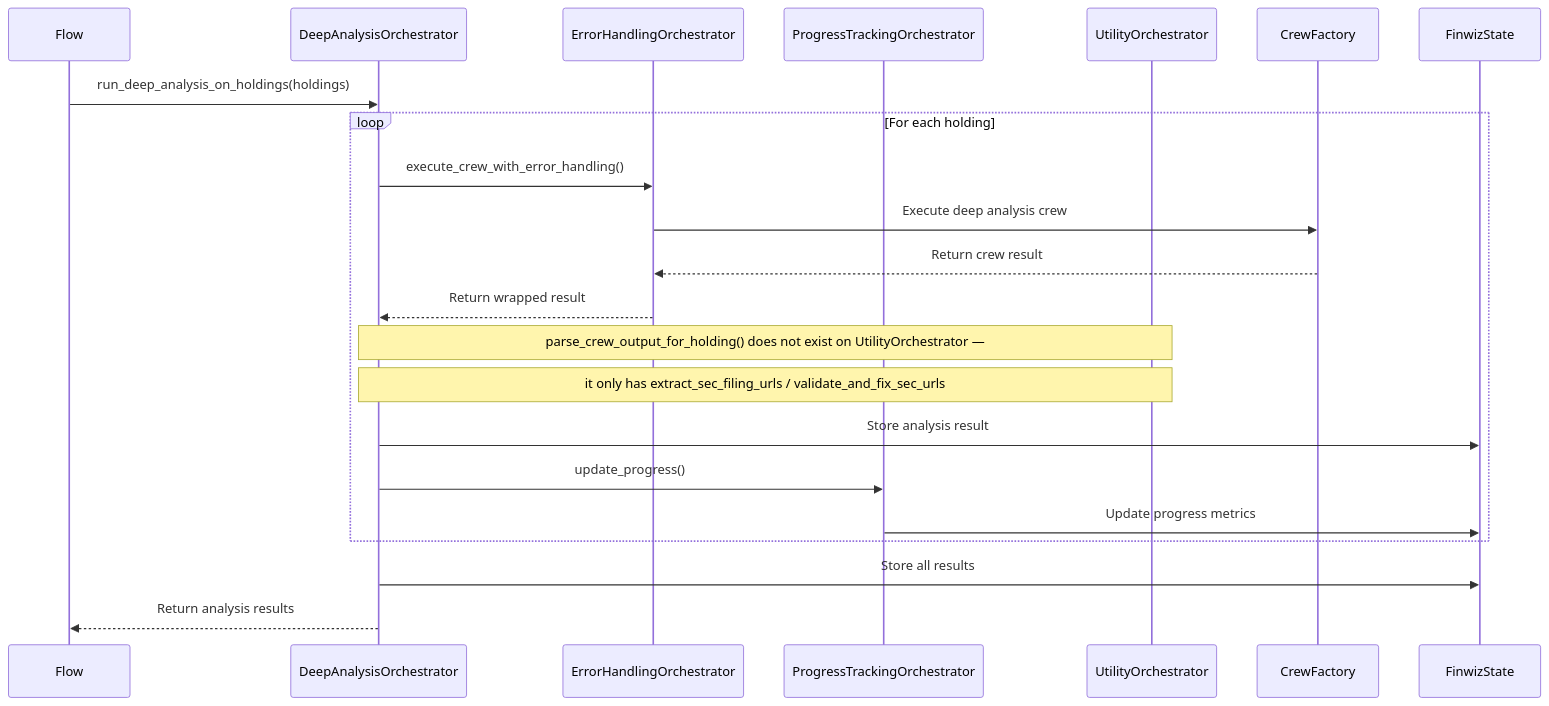
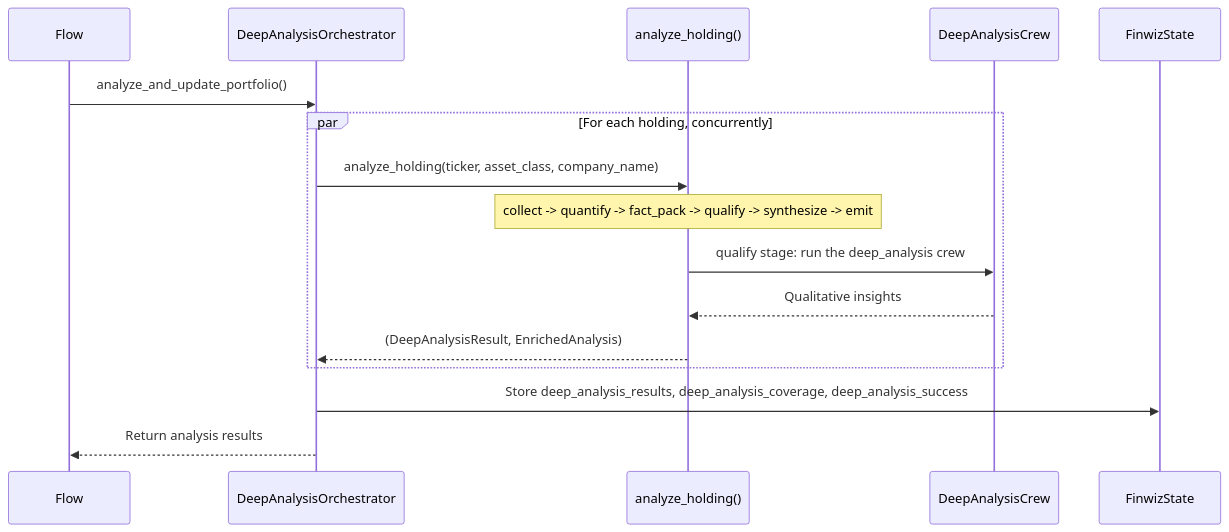
One commit to fjacquet/finwiz changed the third of 13 diagrams in docs/explanations/ORCHESTRATOR_INTERACTIONS.md. Above: the diagram before and after it, drawn with Mermaid. The commit also changed other lines of this file, not shown here.

````diff
--- a/docs/explanations/ORCHESTRATOR_INTERACTIONS.md
+++ b/docs/explanations/ORCHESTRATOR_INTERACTIONS.md
@@ -100,30 +121,21 @@
 ```mermaid
 sequenceDiagram
     participant Flow
     participant Deep as DeepAnalysisOrchestrator
-    participant Error as ErrorHandlingOrchestrator
-    participant Prog as ProgressTrackingOrchestrator
-    participant Util as UtilityOrchestrator
-    participant Crew as CrewFactory
+    participant Pipeline as analyze_holding()
+    participant DAC as DeepAnalysisCrew
     participant State as FinwizState
 
-    Flow->>Deep: run_deep_analysis_on_holdings(holdings)
+    Flow->>Deep: analyze_and_update_portfolio()
 
-    loop For each holding
-        Deep->>Error: execute_crew_with_error_handling()
-        Error->>Crew: Execute deep analysis crew
-        Crew-->>Error: Return crew result
-        Error-->>Deep: Return wrapped result
-
-        Note over Deep,Util: parse_crew_output_for_holding() does not exist on UtilityOrchestrator —
-        Note over Deep,Util: it only has extract_sec_filing_urls / validate_and_fix_sec_urls
-
-        Deep->>State: Store analysis result
-
-        Deep->>Prog: update_progress()
-        Prog->>State: Update progress metrics
+    par For each holding, concurrently
+        Deep->>Pipeline: analyze_holding(ticker, asset_class, company_name)
+        Note over Pipeline: collect -> quantify -> fact_pack -> qualify -> synthesize -> emit
+        Pipeline->>DAC: qualify stage: run the deep_analysis crew
+        DAC-->>Pipeline: Qualitative insights
+        Pipeline-->>Deep: (DeepAnalysisResult, EnrichedAnalysis)
     end
 
-    Deep->>State: Store all results
+    Deep->>State: Store deep_analysis_results, deep_analysis_coverage, deep_analysis_success
     Deep-->>Flow: Return analysis results
 ```
````
